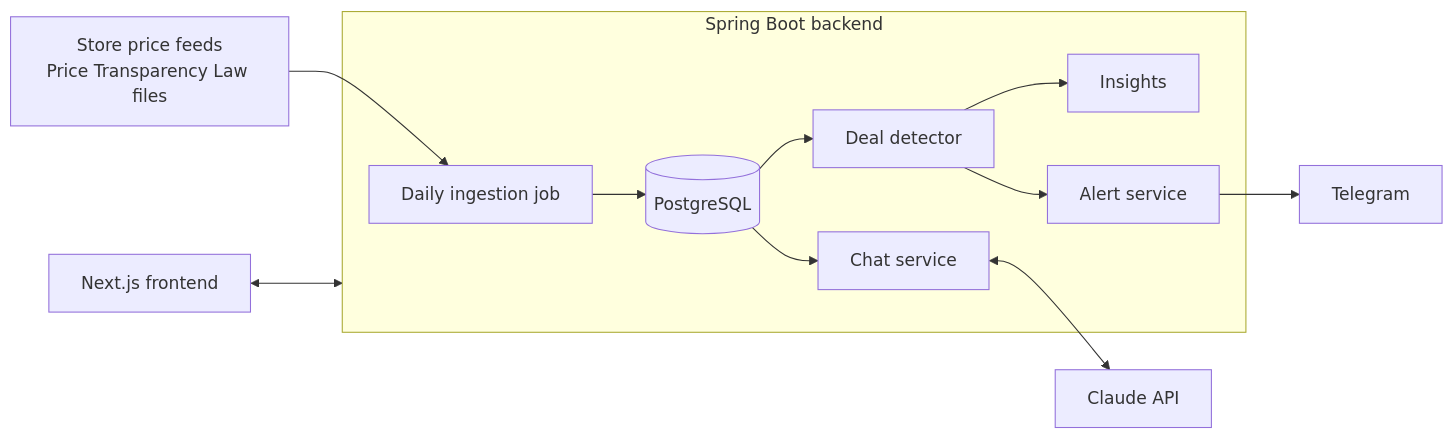
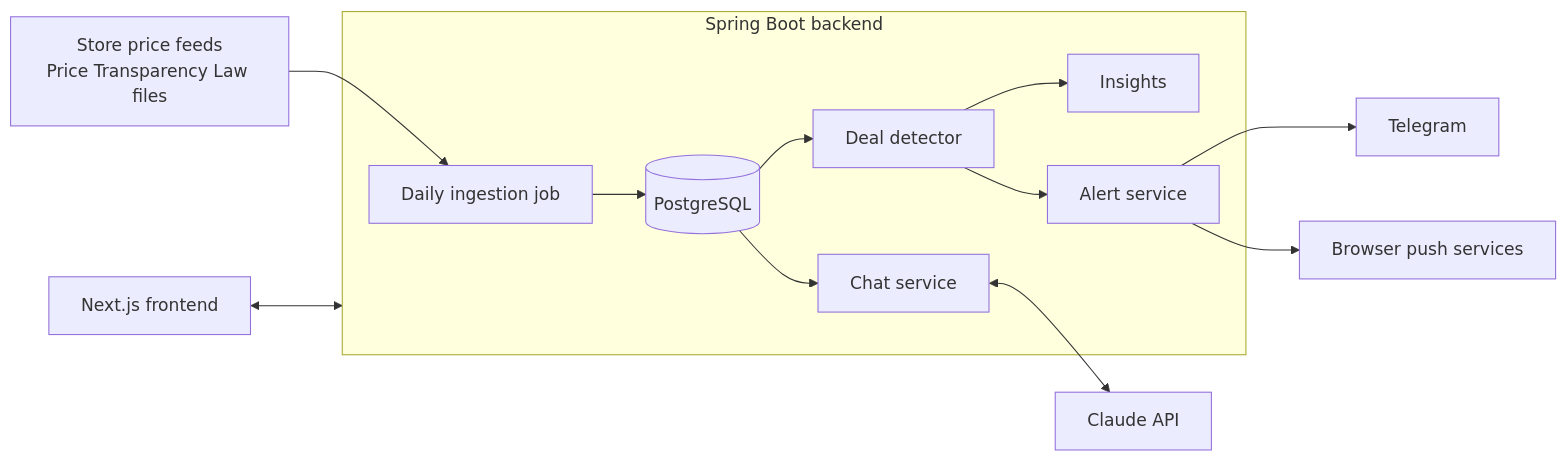
The diagram in README.md (KerenSi/DealsAndPriceTracker), drawn with Mermaid before and after one commit. The commit also changed other lines of this file and 28 other files, not shown here.

First line of the commit message:
Browser push alerts for real deals on starred products

````diff
--- a/README.md
+++ b/README.md
@@ -134,14 +137,15 @@
 ```mermaid
 flowchart LR
     feeds[Store price feeds<br/>Price Transparency Law files] --> ingest
     subgraph backend[Spring Boot backend]
         ingest[Daily ingestion job] --> db[(PostgreSQL)]
         db --> detect[Deal detector]
         detect --> insights[Insights]
         detect --> alerts[Alert service]
         db --> chat[Chat service]
     end
     alerts --> telegram[Telegram]
+    alerts --> push[Browser push services]
     chat <--> claude[Claude API]
     frontend[Next.js frontend] <--> backend
 ```
````
